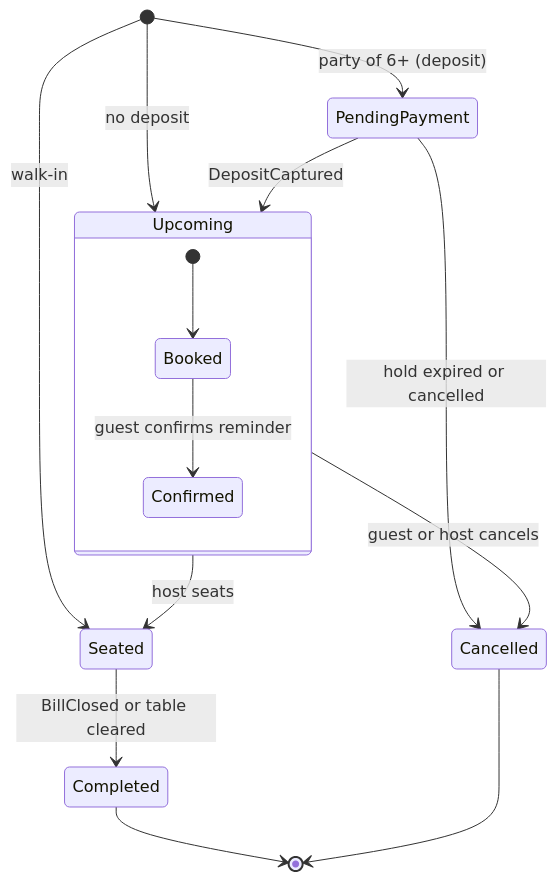
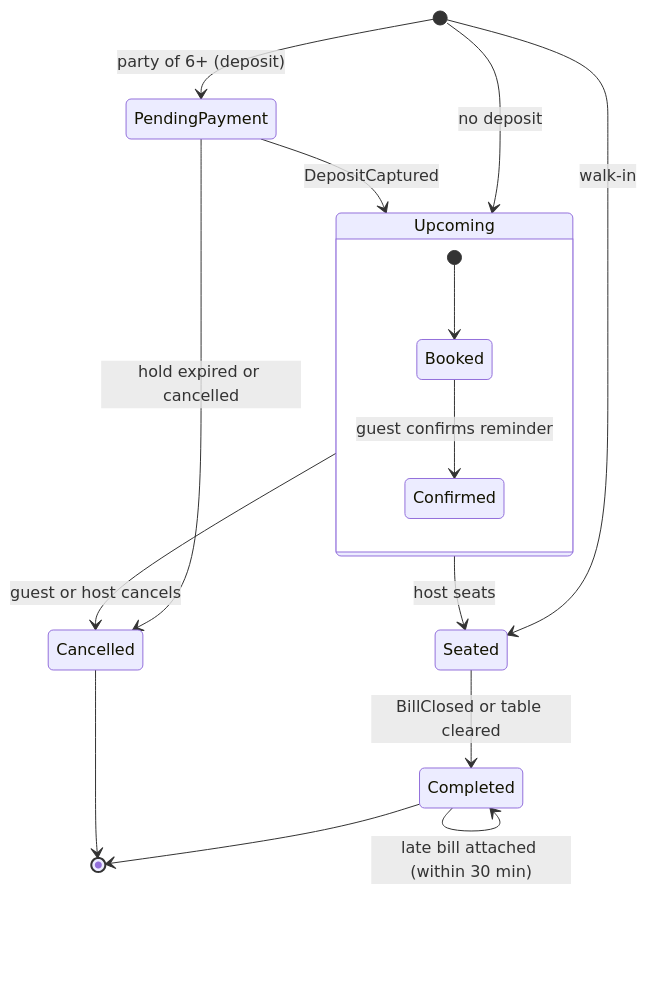
The fourth of 6 diagrams in docs/Architecture.md (ring9834/TableReservation), drawn with Mermaid before and after one commit. The commit also changed other lines of this file and 8 other files, not shown here.

````diff
--- a/docs/Architecture.md
+++ b/docs/Architecture.md
@@ -263,17 +272,18 @@
 ```mermaid
 stateDiagram-v2
     state "Upcoming" as Upcoming {
         [*] --> Booked
         Booked --> Confirmed: guest confirms reminder
     }
     [*] --> PendingPayment: party of 6+ (deposit)
     [*] --> Upcoming: no deposit
     [*] --> Seated: walk-in
     PendingPayment --> Upcoming: DepositCaptured
     PendingPayment --> Cancelled: hold expired or cancelled
     Upcoming --> Seated: host seats
     Upcoming --> Cancelled: guest or host cancels
     Seated --> Completed: BillClosed or table cleared
+    Completed --> Completed: late bill attached (within 30 min)
     Completed --> [*]
     Cancelled --> [*]
 ```
````
